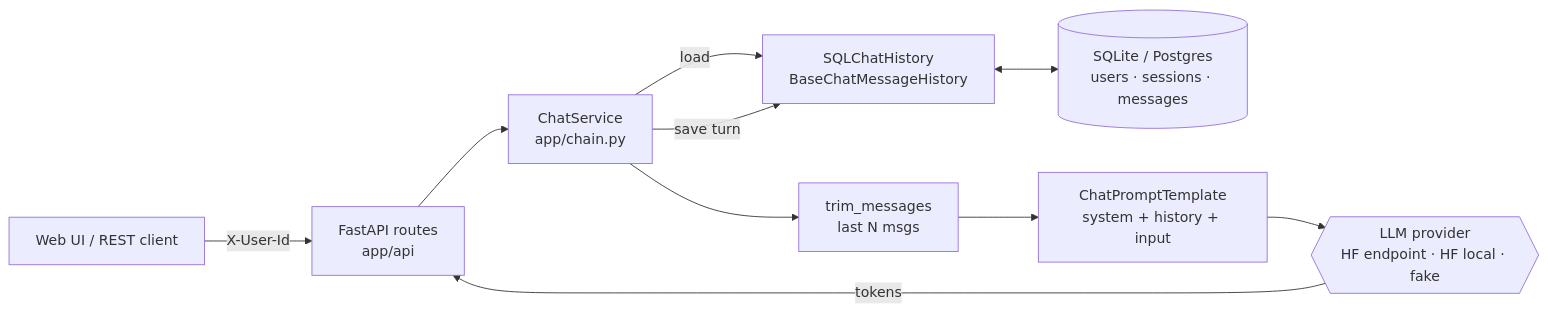
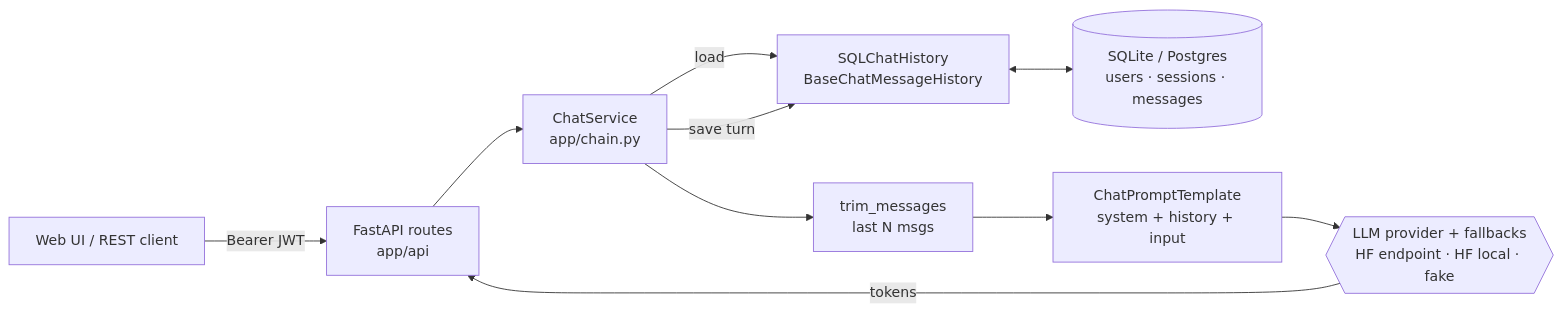
One commit to Diyaisagrawal/ai-chatbot-memory changed the diagram in README.md. Above: the diagram before and after it, drawn with Mermaid. The commit also changed other lines of this file and 16 other files, not shown here.

````diff
--- a/README.md
+++ b/README.md
@@ -24,12 +26,12 @@
 ```mermaid
 flowchart LR
-    UI[Web UI / REST client] -->|X-User-Id| API[FastAPI routes<br/>app/api]
+    UI[Web UI / REST client] -->|Bearer JWT| API[FastAPI routes<br/>app/api]
     API --> SVC[ChatService<br/>app/chain.py]
     SVC -->|load| MEM[SQLChatHistory<br/>BaseChatMessageHistory]
     MEM <--> DB[(SQLite / Postgres<br/>users · sessions · messages)]
     SVC --> TRIM[trim_messages<br/>last N msgs]
     TRIM --> PROMPT[ChatPromptTemplate<br/>system + history + input]
-    PROMPT --> LLM{{LLM provider<br/>HF endpoint · HF local · fake}}
+    PROMPT --> LLM{{LLM provider + fallbacks<br/>HF endpoint · HF local · fake}}
     LLM -->|tokens| API
     SVC -->|save turn| MEM
 ```
````
